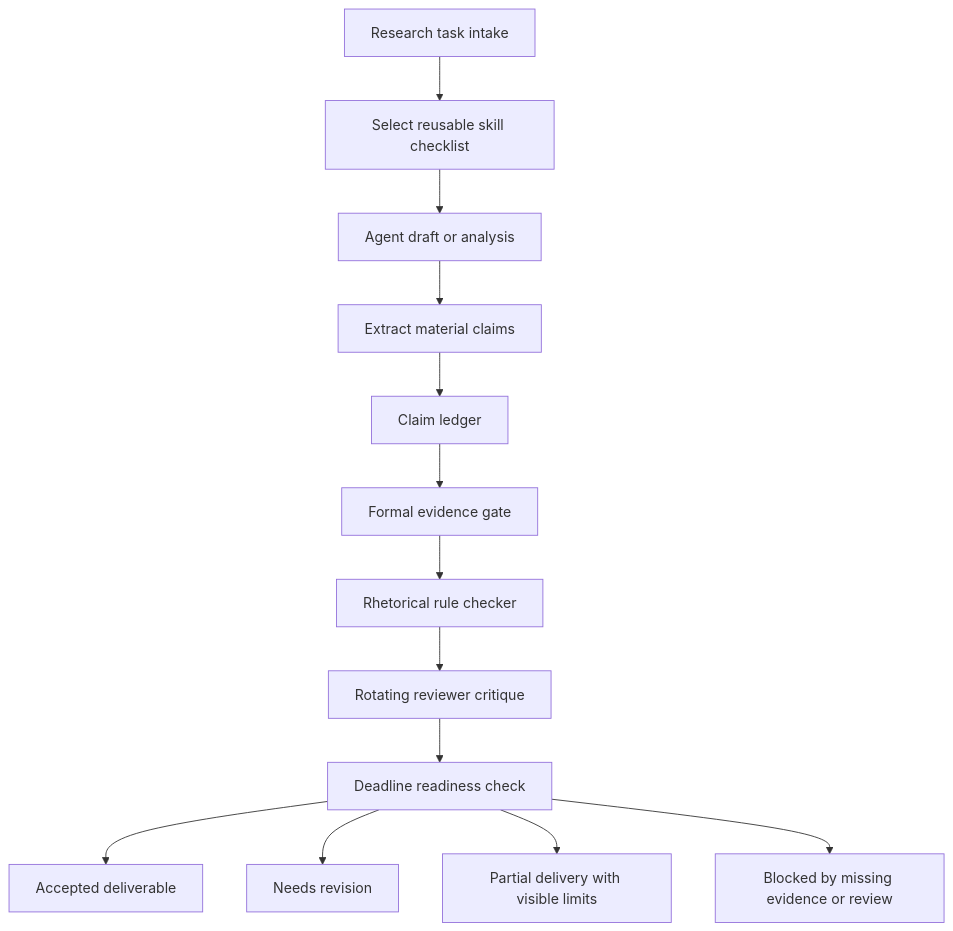
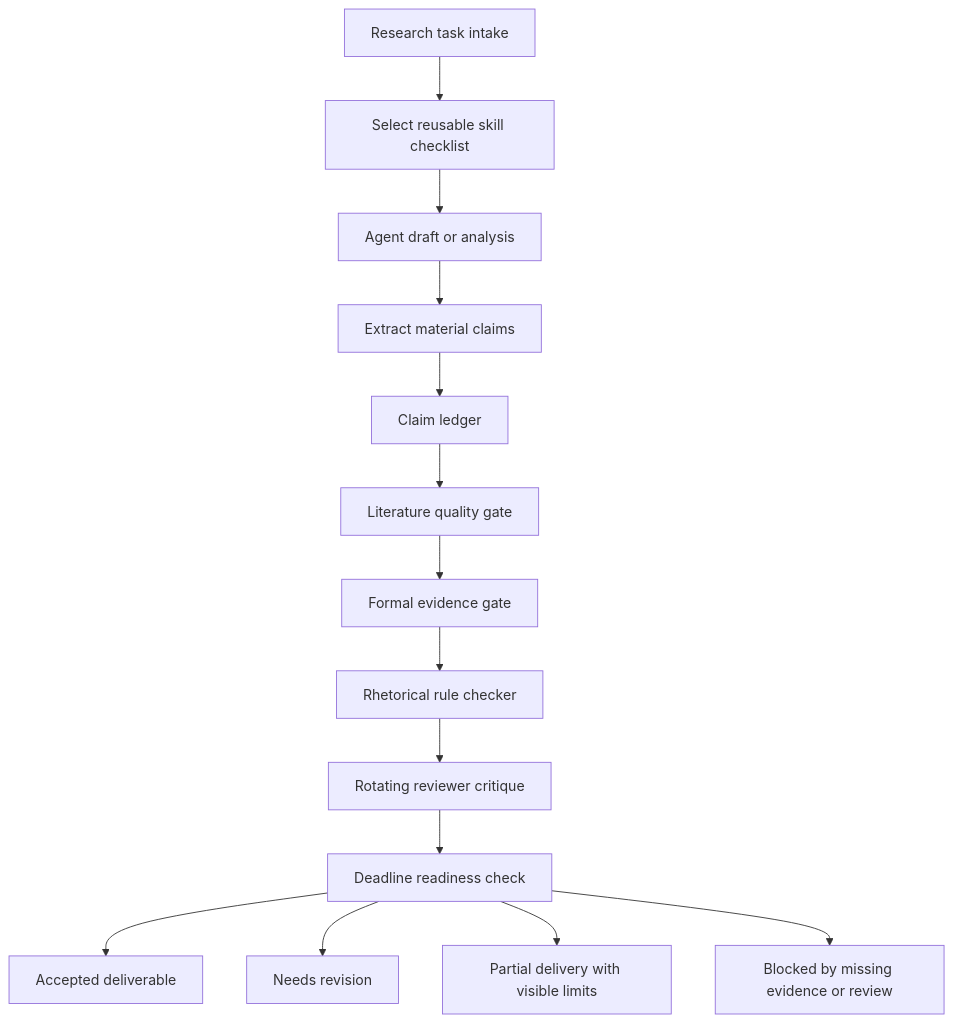
The diagram in docs/to_be_process.md (RachelNongyingLi/research-process-automation-demo-clean), drawn with Mermaid before and after one commit. The commit also changed other lines of this file and 16 other files, not shown here.

````diff
--- a/docs/to_be_process.md
+++ b/docs/to_be_process.md
@@ -5,15 +5,16 @@
 ```mermaid
 flowchart TD
   A["Research task intake"] --> B["Select reusable skill checklist"]
   B --> C["Agent draft or analysis"]
   C --> D["Extract material claims"]
   D --> E["Claim ledger"]
-  E --> F["Formal evidence gate"]
-  F --> G["Rhetorical rule checker"]
-  G --> H["Rotating reviewer critique"]
-  H --> I["Deadline readiness check"]
-  I --> J["Accepted deliverable"]
-  I --> K["Needs revision"]
-  I --> L["Partial delivery with visible limits"]
-  I --> M["Blocked by missing evidence or review"]
+  E --> F["Literature quality gate"]
+  F --> G["Formal evidence gate"]
+  G --> H["Rhetorical rule checker"]
+  H --> I["Rotating reviewer critique"]
+  I --> J["Deadline readiness check"]
+  J --> K["Accepted deliverable"]
+  J --> L["Needs revision"]
+  J --> M["Partial delivery with visible limits"]
+  J --> N["Blocked by missing evidence or review"]
 ```
````
